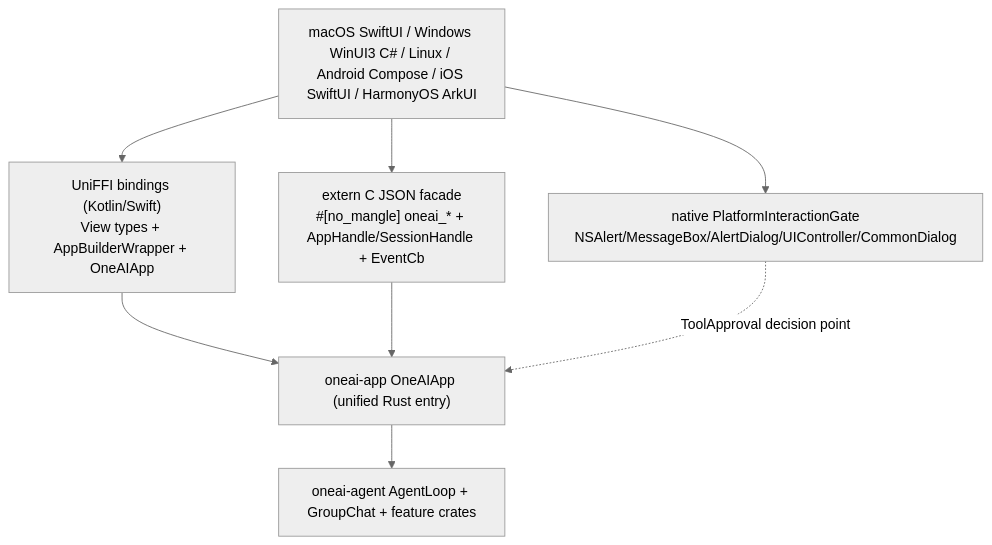
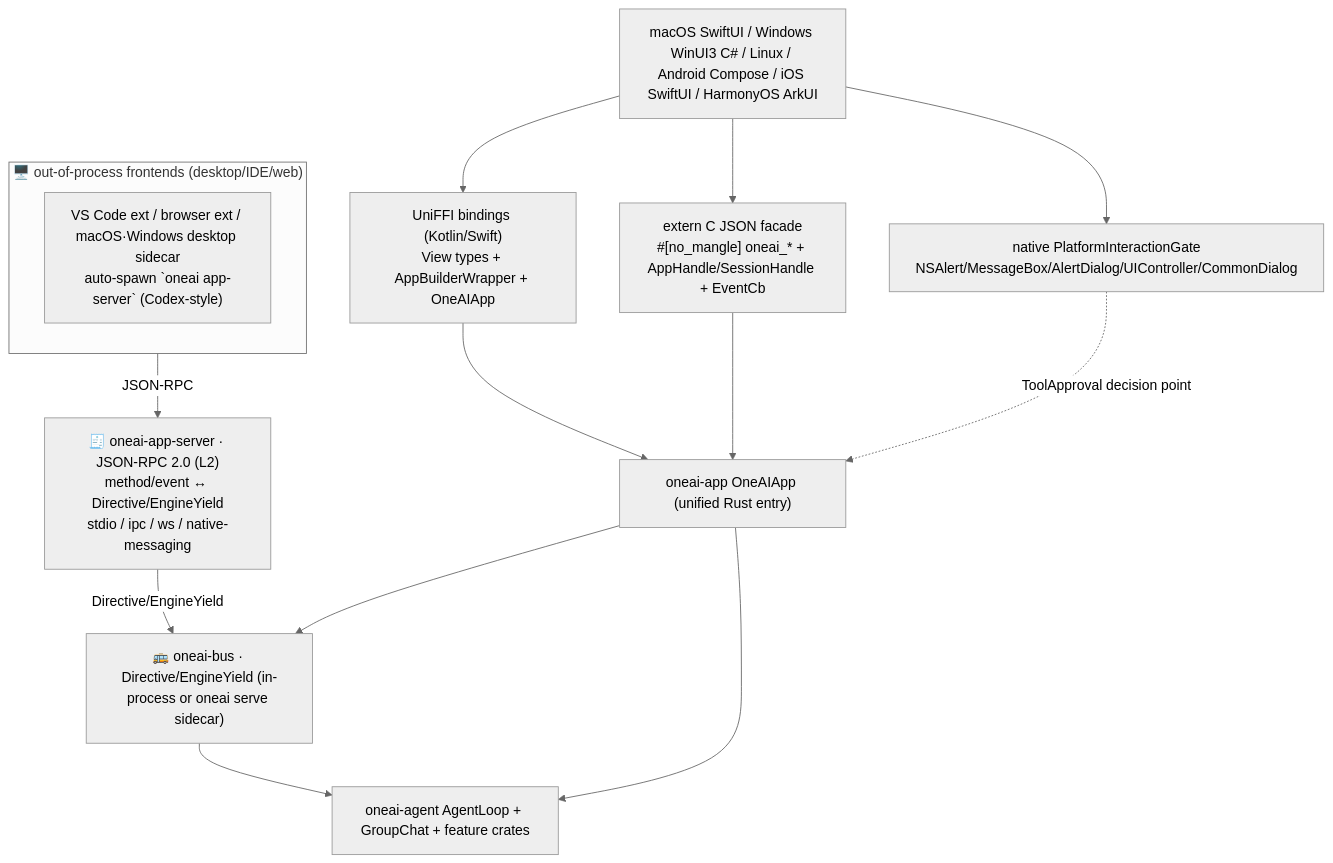
The diagram in docs/cross-platform-mechanism_EN.md (Marssssss/OneAI), drawn with Mermaid (neutral theme) before and after one commit. The commit also changed other lines of this file and 7 other files, not shown here.

````diff
--- a/docs/cross-platform-mechanism_EN.md
+++ b/docs/cross-platform-mechanism_EN.md
@@ -41,17 +50,28 @@
 ```mermaid
 flowchart TB
+    subgraph FE2 ["🖥️ out-of-process frontends (desktop/IDE/web)"]
+        direction LR
+        Sidecar["VS Code ext / browser ext / macOS·Windows desktop sidecar<br/>auto-spawn `oneai app-server` (Codex-style)"]
+    end
+    AppServer["🧾 oneai-app-server · JSON-RPC 2.0 (L2)<br/>method/event ↔ Directive/EngineYield<br/>stdio / ipc / ws / native-messaging"]
+
     Native["macOS SwiftUI / Windows WinUI3 C# / Linux / Android Compose / iOS SwiftUI / HarmonyOS ArkUI"]
     Uni["UniFFI bindings (Kotlin/Swift)<br/>View types + AppBuilderWrapper + OneAIApp"]
     CFacade["extern C JSON facade<br/>#[no_mangle] oneai_* + AppHandle/SessionHandle + EventCb"]
+    Bus["🚌 oneai-bus · Directive/EngineYield (in-process or oneai serve sidecar)"]
     App["oneai-app OneAIApp (unified Rust entry)"]
     Engine["oneai-agent AgentLoop + GroupChat + feature crates"]
     Gates["native PlatformInteractionGate<br/>NSAlert/MessageBox/AlertDialog/UIController/CommonDialog"]
 
     Native --> Uni
     Native --> CFacade
     Uni --> App
     CFacade --> App
+    App --> Bus
+    Sidecar -->|JSON-RPC| AppServer
+    AppServer -->|Directive/EngineYield| Bus
+    Bus --> Engine
     App --> Engine
     Native --> Gates
     Gates -. ToolApproval decision point .-> App
 ```
````
